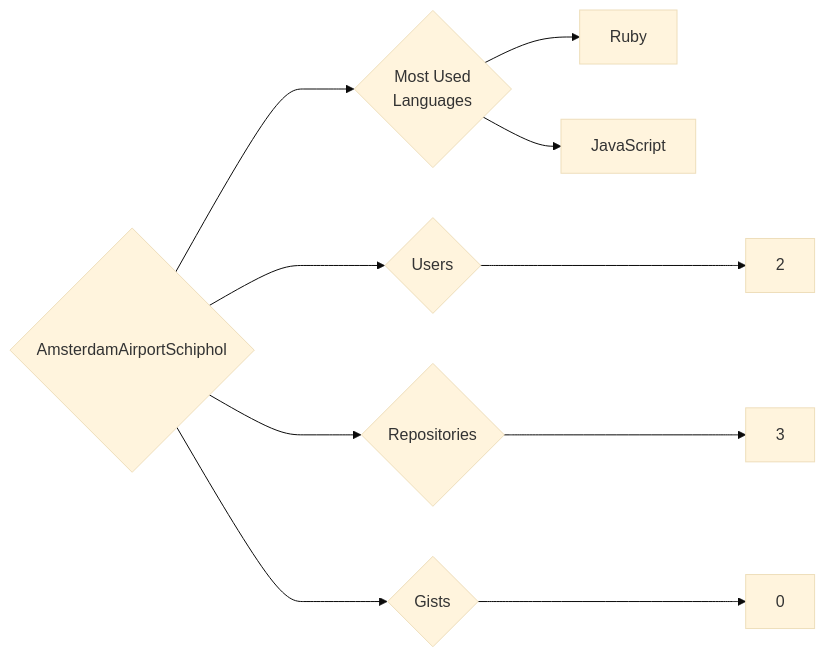
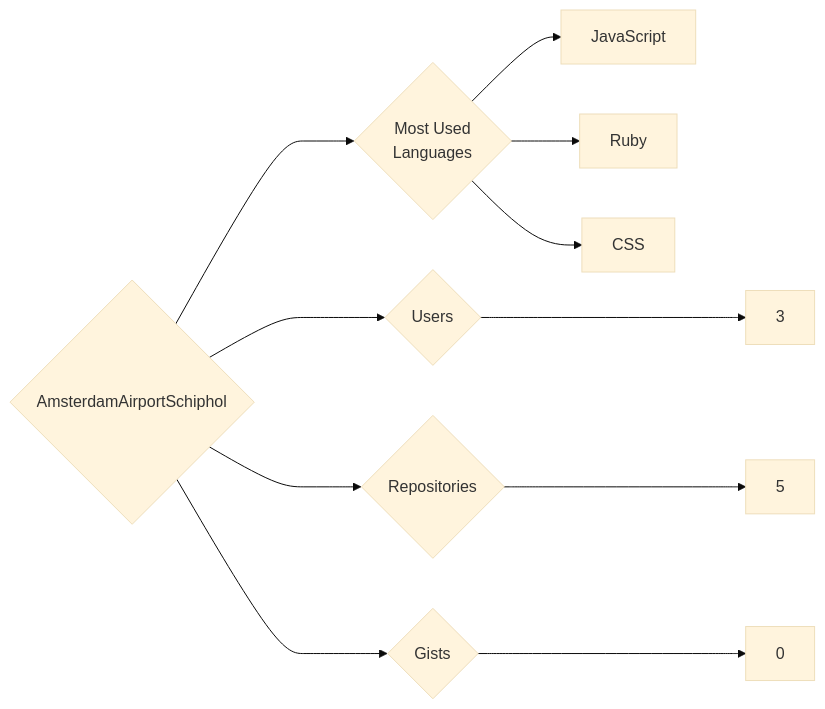
The diagram in targets/AmsterdamAirportSchiphol/README.md (trickest/insiders), drawn with Mermaid (base theme) before and after one commit. The commit also changed 1089 other files, not shown here.

````diff
--- a/targets/AmsterdamAirportSchiphol/README.md
+++ b/targets/AmsterdamAirportSchiphol/README.md
@@ -3,10 +3,11 @@
 ```mermaid
 graph LR
 COMPANY_NAME{AmsterdamAirportSchiphol}
-COMPANY_NAME ---> U{Users} ---> UN[2]
-COMPANY_NAME ---> R{Repositories} ---> RN[3]
+COMPANY_NAME ---> U{Users} ---> UN[3]
+COMPANY_NAME ---> R{Repositories} ---> RN[5]
 COMPANY_NAME ---> G{Gists} ---> GN[0]
 COMPANY_NAME ---> ML{Most Used<br>Languages}
+ML --> JavaScript[JavaScript]
 ML --> Ruby[Ruby]
-ML --> JavaScript[JavaScript]
+ML --> CSS[CSS]
 ```
````
